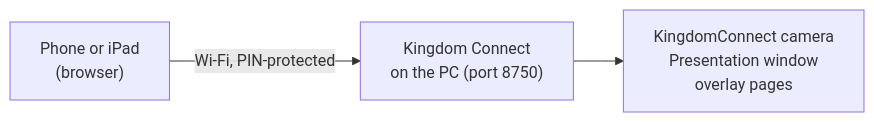
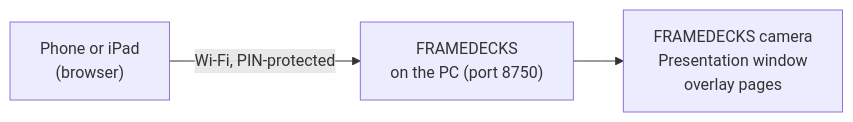
The diagram in docs/remote-control.md (mshobin/FrameDecks), drawn with Mermaid before and after one commit. The commit also changed other lines of this file and 151 other files, not shown here.

````diff
--- a/docs/remote-control.md
+++ b/docs/remote-control.md
@@ -27,5 +27,5 @@
 ```mermaid
 flowchart LR
-  Phone["Phone or iPad<br/>(browser)"] -- "Wi-Fi, PIN-protected" --> PC["Kingdom Connect<br/>on the PC (port 8750)"]
-  PC --> Out["KingdomConnect camera<br/>Presentation window<br/>overlay pages"]
+  Phone["Phone or iPad<br/>(browser)"] -- "Wi-Fi, PIN-protected" --> PC["FRAMEDECKS<br/>on the PC (port 8750)"]
+  PC --> Out["FRAMEDECKS camera<br/>Presentation window<br/>overlay pages"]
 ```
````
